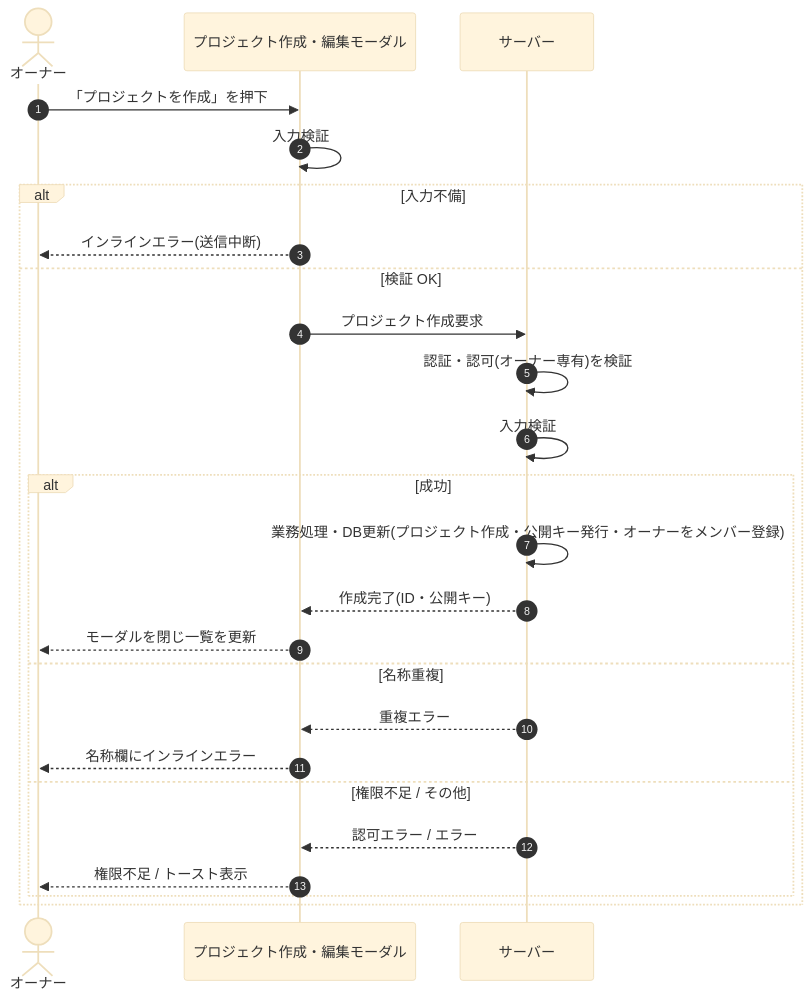
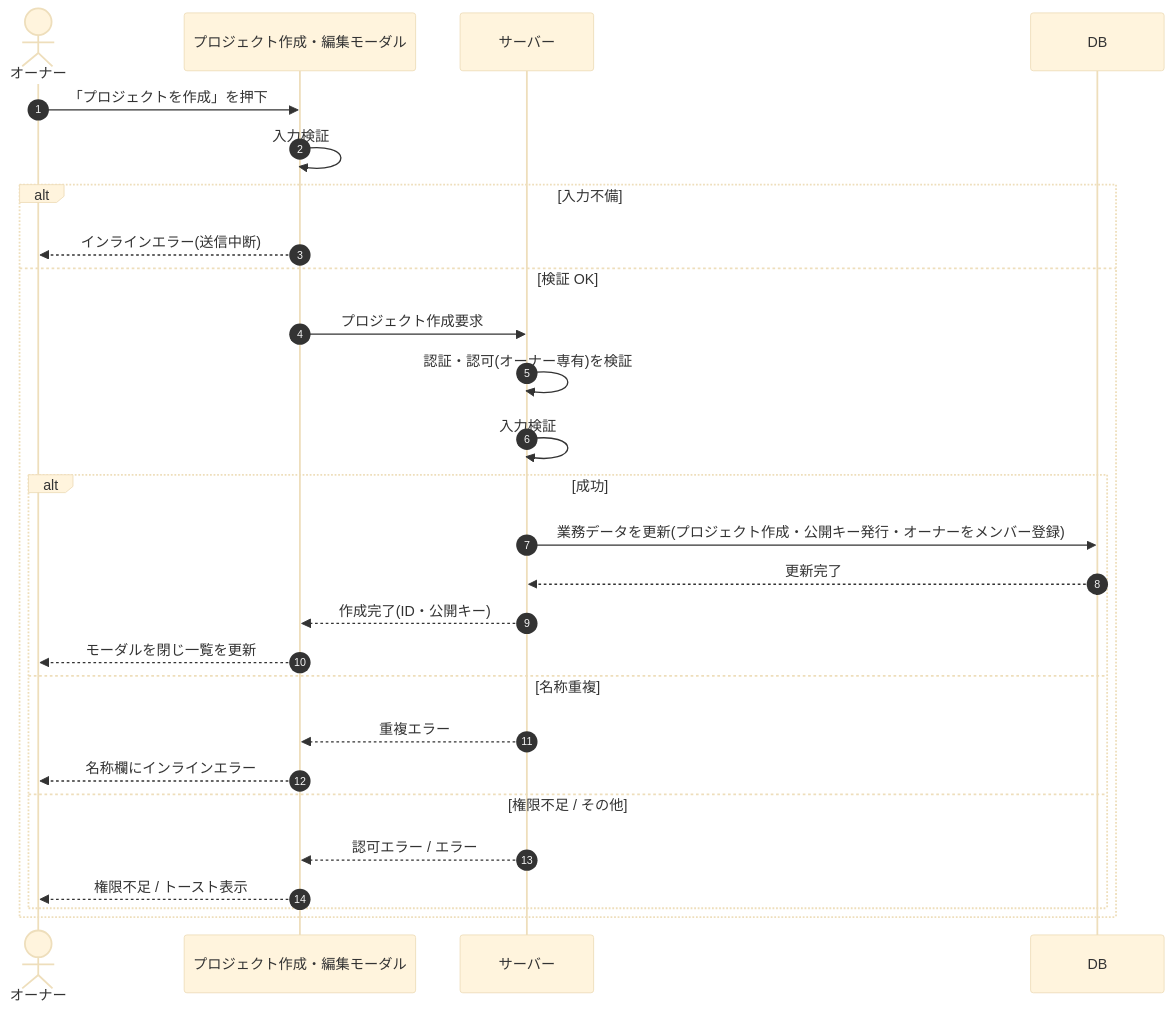
The diagram in 02_basic_design/03_sequences/SEQ-011.md (sikakou54/open-faq), drawn with Mermaid (base theme) before and after one commit. The commit also changed other lines of this file and 122 other files, not shown here.

First line of the commit message:
シーケンス図に DB アクターを追加(DB 操作をサーバー自己メッセージから分離)

````diff
--- a/02_basic_design/03_sequences/SEQ-011.md
+++ b/02_basic_design/03_sequences/SEQ-011.md
@@ -26,27 +26,29 @@
 ```mermaid
 sequenceDiagram
   autonumber
   actor U as オーナー
   participant Screen as プロジェクト作成・編集モーダル
   participant Server as サーバー
+  participant DB as DB
   U->>Screen: 「プロジェクトを作成」を押下
   Screen->>Screen: 入力検証
   alt 入力不備
     Screen-->>U: インラインエラー(送信中断)
   else 検証 OK
     Screen->>Server: プロジェクト作成要求
     Server->>Server: 認証・認可(オーナー専有)を検証
     Server->>Server: 入力検証
     alt 成功
-      Server->>Server: 業務処理・DB更新(プロジェクト作成・公開キー発行・オーナーをメンバー登録)
+      Server->>DB: 業務データを更新(プロジェクト作成・公開キー発行・オーナーをメンバー登録)
+      DB-->>Server: 更新完了
       Server-->>Screen: 作成完了(ID・公開キー)
       Screen-->>U: モーダルを閉じ一覧を更新
     else 名称重複
       Server-->>Screen: 重複エラー
       Screen-->>U: 名称欄にインラインエラー
     else 権限不足 / その他
       Server-->>Screen: 認可エラー / エラー
       Screen-->>U: 権限不足 / トースト表示
     end
   end
 ```
````
